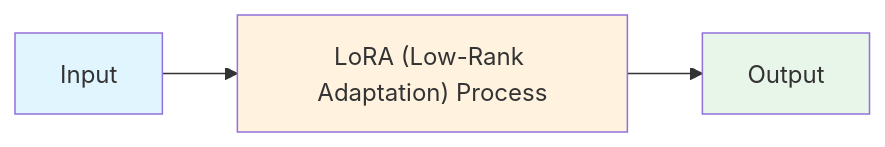
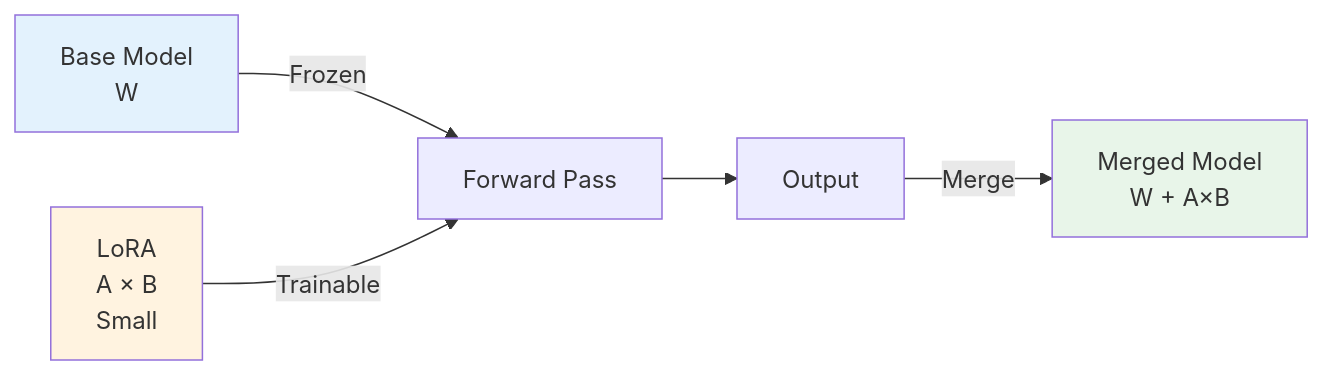
The first of 2 diagrams in llm/concepts/lora.md (souradeepta/interviewprep-ai), drawn with Mermaid before and after one commit. The commit also changed other lines of this file and 10 other files, not shown here.

First line of the commit message:
feat: add enhancement script and upgrade 8 key concepts with real Q&A, Mermaid diagrams, real-world examples

````diff
--- a/llm/concepts/lora.md
+++ b/llm/concepts/lora.md
@@ -56,9 +56,11 @@
 ```mermaid
 graph LR
-    A["Input"] --> B["LoRA (Low-Rank Adaptation) Process"]
-    B --> C["Output"]
+    A["Base Model<br/>W"] -->|Frozen| B["Forward Pass"]
+    C["LoRA<br/>A × B<br/>Small"] -->|Trainable| B
+    B --> D["Output"]
+    D -->|Merge| E["Merged Model<br/>W + A×B"]
 
-    style A fill:#e1f5ff
-    style B fill:#fff3e0
-    style C fill:#e8f5e9
+    style A fill:#e3f2fd
+    style C fill:#fff3e0
+    style E fill:#e8f5e9
 ```
````
